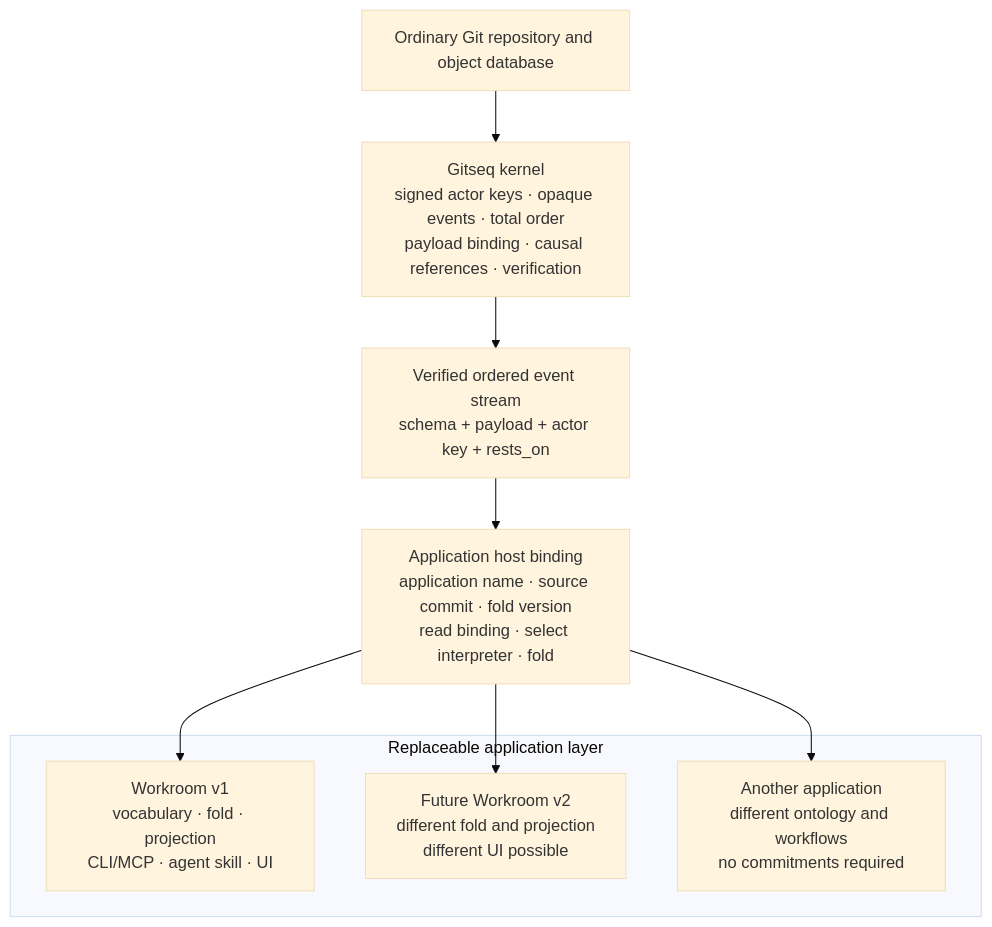
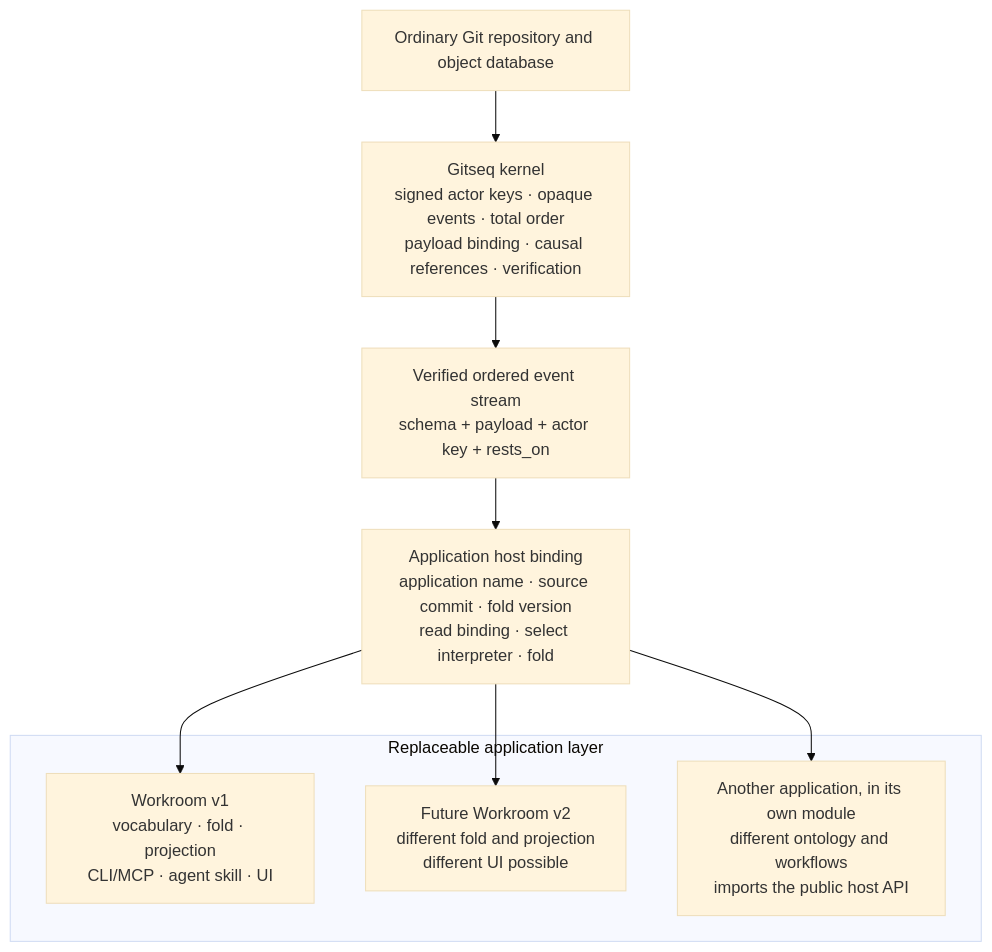
The diagram in docs/reference/architecture.md (generalbusiness-ai/gitseq), drawn with Mermaid (base theme) before and after one commit. The commit also changed other lines of this file and 3 other files, not shown here.

````diff
--- a/docs/reference/architecture.md
+++ b/docs/reference/architecture.md
@@ -33,23 +33,23 @@
 ```mermaid
 flowchart TB
   Git["Ordinary Git repository and object database"]
 
   Kernel["Gitseq kernel<br/>signed actor keys · opaque events · total order<br/>payload binding · causal references · verification"]
 
   Stream["Verified ordered event stream<br/>schema + payload + actor key + rests_on"]
 
   Host["Application host binding<br/>application name · source commit · fold version<br/>read binding · select interpreter · fold"]
 
   subgraph Apps["Replaceable application layer"]
     W1["Workroom v1<br/>vocabulary · fold · projection<br/>CLI/MCP · agent skill · UI"]
     W2["Future Workroom v2<br/>different fold and projection<br/>different UI possible"]
-    Other["Another application<br/>different ontology and workflows<br/>no commitments required"]
+    Other["Another application, in its own module<br/>different ontology and workflows<br/>imports the public host API"]
   end
 
   Git --> Kernel
   Kernel --> Stream
   Stream --> Host
   Host --> W1
   Host --> W2
   Host --> Other
 ```
````
